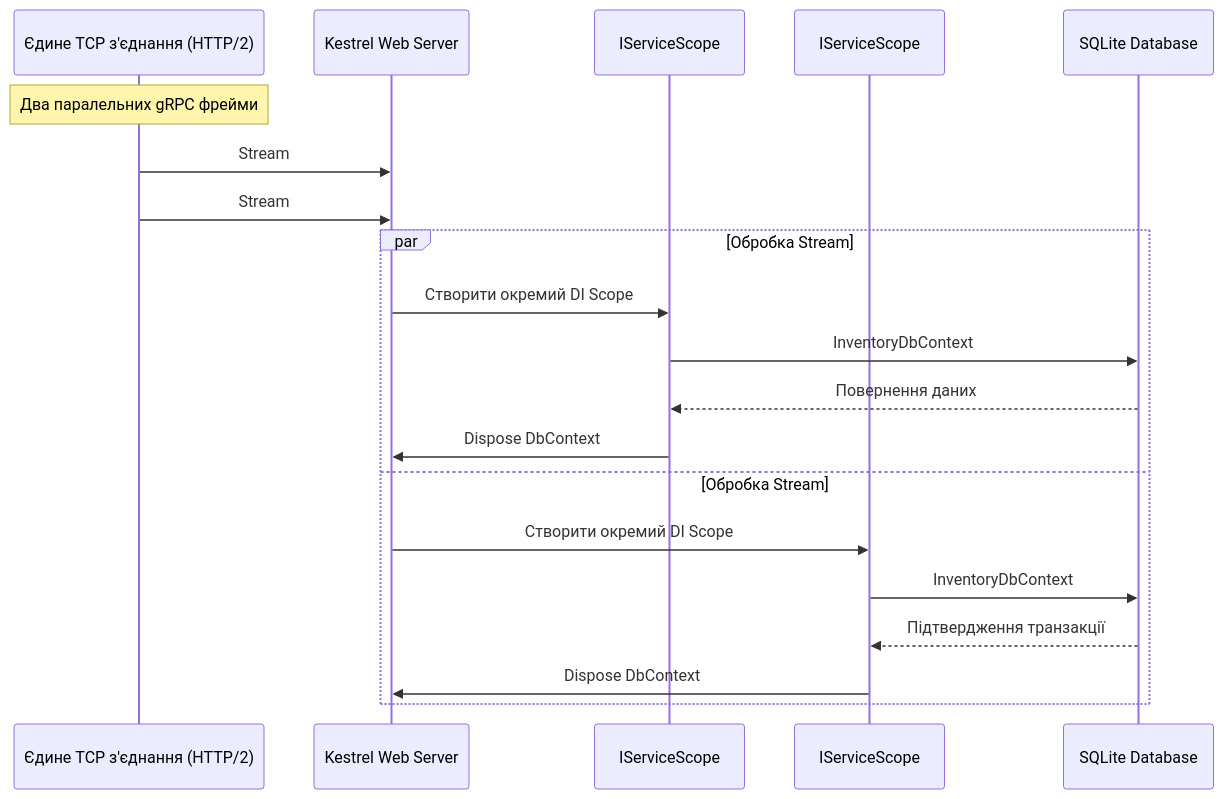
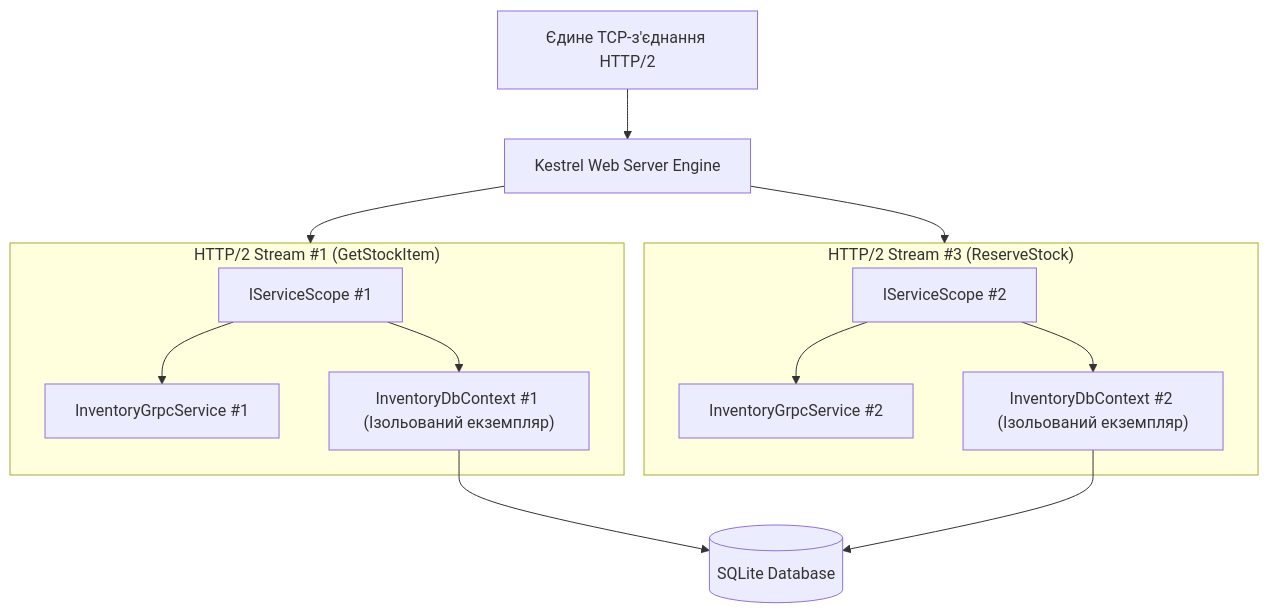
Before and after one commit to MrTomkaYurii/AspNet-gRPC-Mastery: the first of 2 diagrams in docs/Mastery-03-EFCore-Integration.md, drawn with Mermaid. The commit also changed other lines of this file and 5 other files, not shown here.

Commit message:
docs(academic): enrich comprehensive theoretical handbooks with binary layouts, diagrams, and labs

````diff
--- a/docs/Mastery-03-EFCore-Integration.md
+++ b/docs/Mastery-03-EFCore-Integration.md
@@ -40,24 +52,19 @@
 ```mermaid
-sequenceDiagram
-    participant TCP as Єдине TCP з'єднання (HTTP/2)
-    participant Kestrel as Kestrel Web Server
-    participant Scope1 as IServiceScope #1
-    participant Scope2 as IServiceScope #2
-    participant DB as SQLite Database
+flowchart TD
+    TCP["Єдине TCP-з'єднання HTTP/2"] --> Kestrel["Kestrel Web Server Engine"]
+    
+    subgraph Stream1 ["HTTP/2 Stream #1 (GetStockItem)"]
+        Scope1["IServiceScope #1"] --> Svc1["InventoryGrpcService #1"]
+        Scope1 --> Ctx1["InventoryDbContext #1 (Ізольований екземпляр)"]
+    end
 
-    Note over TCP: Два паралельних gRPC фрейми
-    TCP->>Kestrel: Stream #1: GetStockItem("SKU-1")
-    TCP->>Kestrel: Stream #3: ReserveStock("SKU-2")
+    subgraph Stream3 ["HTTP/2 Stream #3 (ReserveStock)"]
+        Scope2["IServiceScope #2"] --> Svc2["InventoryGrpcService #2"]
+        Scope2 --> Ctx2["InventoryDbContext #2 (Ізольований екземпляр)"]
+    end
 
-    par Обробка Stream #1
-        Kestrel->>Scope1: Створити окремий DI Scope #1
-        Scope1->>DB: InventoryDbContext #1 -> SELECT ...
-        DB-->>Scope1: Повернення даних
-        Scope1->>Kestrel: Dispose DbContext #1
-    and Обробка Stream #3
-        Kestrel->>Scope2: Створити окремий DI Scope #2
-        Scope2->>DB: InventoryDbContext #2 -> UPDATE ...
-        DB-->>Scope2: Підтвердження транзакції
-        Scope2->>Kestrel: Dispose DbContext #2
-    end
+    Kestrel --> Stream1
+    Kestrel --> Stream3
+    Ctx1 --> DB[("SQLite Database")]
+    Ctx2 --> DB
 ```
````
